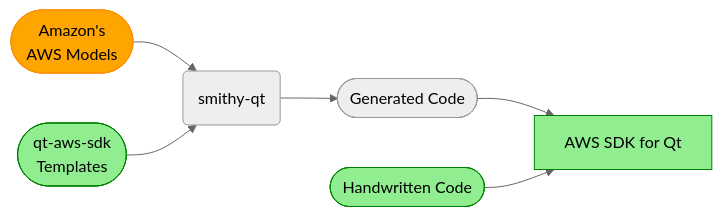
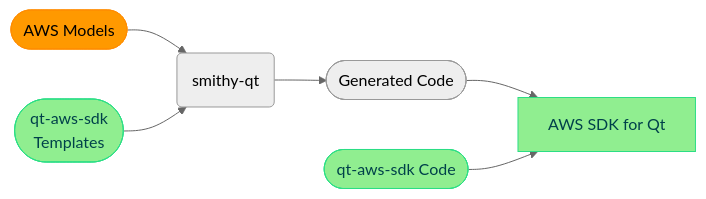
One commit to pcolby/smithy-qt changed the second of 2 diagrams in README.md. Above: the diagram before and after it, drawn with Mermaid (neutral theme).

Commit message:
Tweak flowchart styling and links

````diff
--- a/README.md
+++ b/README.md
@@ -32,11 +32,16 @@
 ```mermaid
 graph LR
-  model(["Amazon's<br/>AWS Models"]) --> smithy-qt("smithy-qt")
+  model(["AWS Models"]) --> smithy-qt("smithy-qt")
   templates(["qt-aws-sdk<br/>Templates"]) --> smithy-qt
   smithy-qt --> output(["Generated Code"]) --> aws-sdk-qt["AWS SDK for Qt"]
-  code(["Handwritten Code"]) --> aws-sdk-qt
+  code(["qt-aws-sdk Code"]) --> aws-sdk-qt
 
-  classDef aws-sdk-qt fill:lightgreen,stroke:green
+  classDef aws-sdk-qt color:#00414A,fill:lightgreen,stroke:#2CDE85
   class templates,code,aws-sdk-qt aws-sdk-qt
-  style model fill:orange,stroke:darkorange
+  style model color:black,fill:#FF9900,stroke:darkorange
+
+  click aws-sdk-qt https://github.com/pcolby/aws-sdk-qt
+  click code https://github.com/pcolby/aws-sdk-qt
+  click templates https://github.com/pcolby/aws-sdk-qt
+  click model https://github.com/aws/aws-sdk-js-v3/tree/main/codegen/sdk-codegen/aws-models
 ```
````
